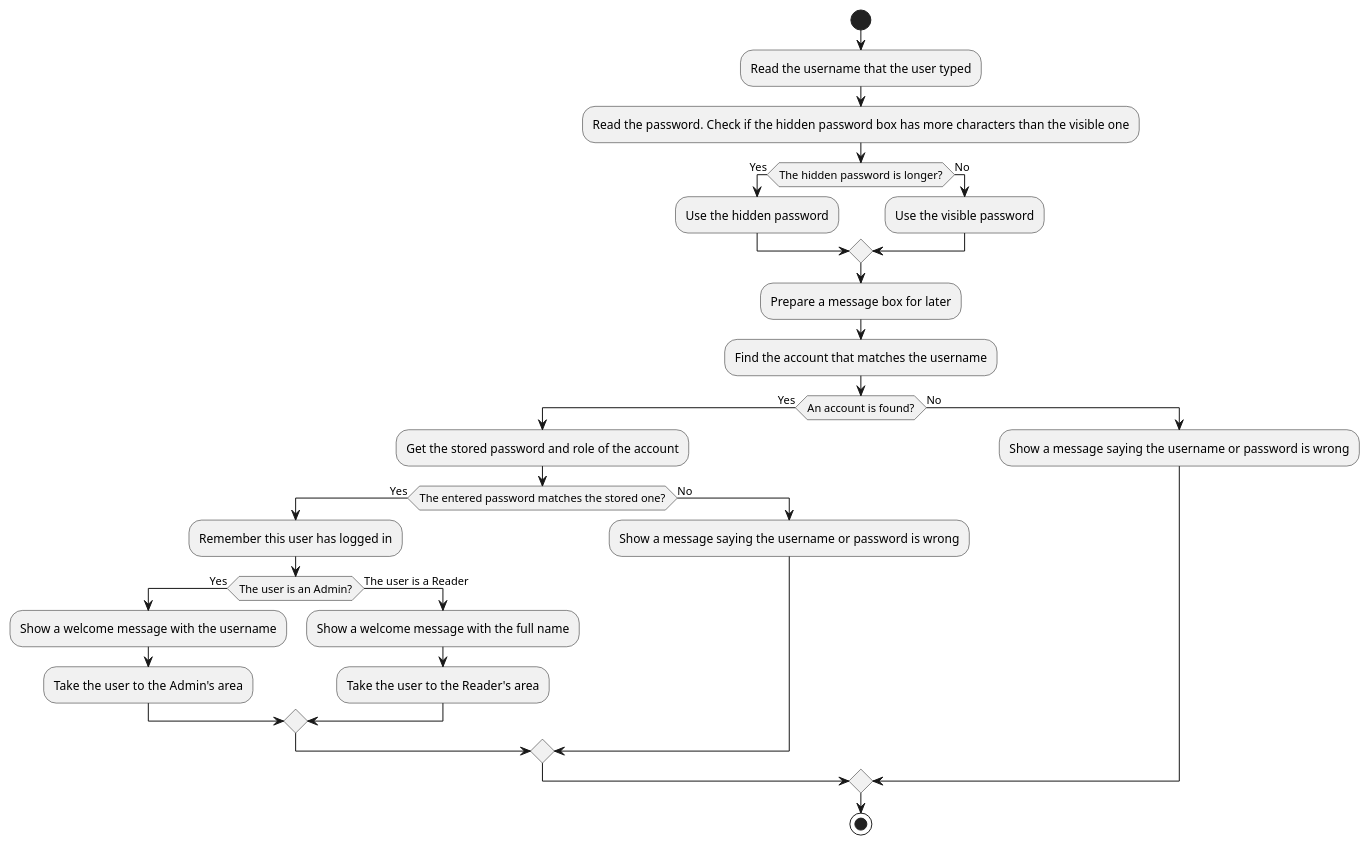
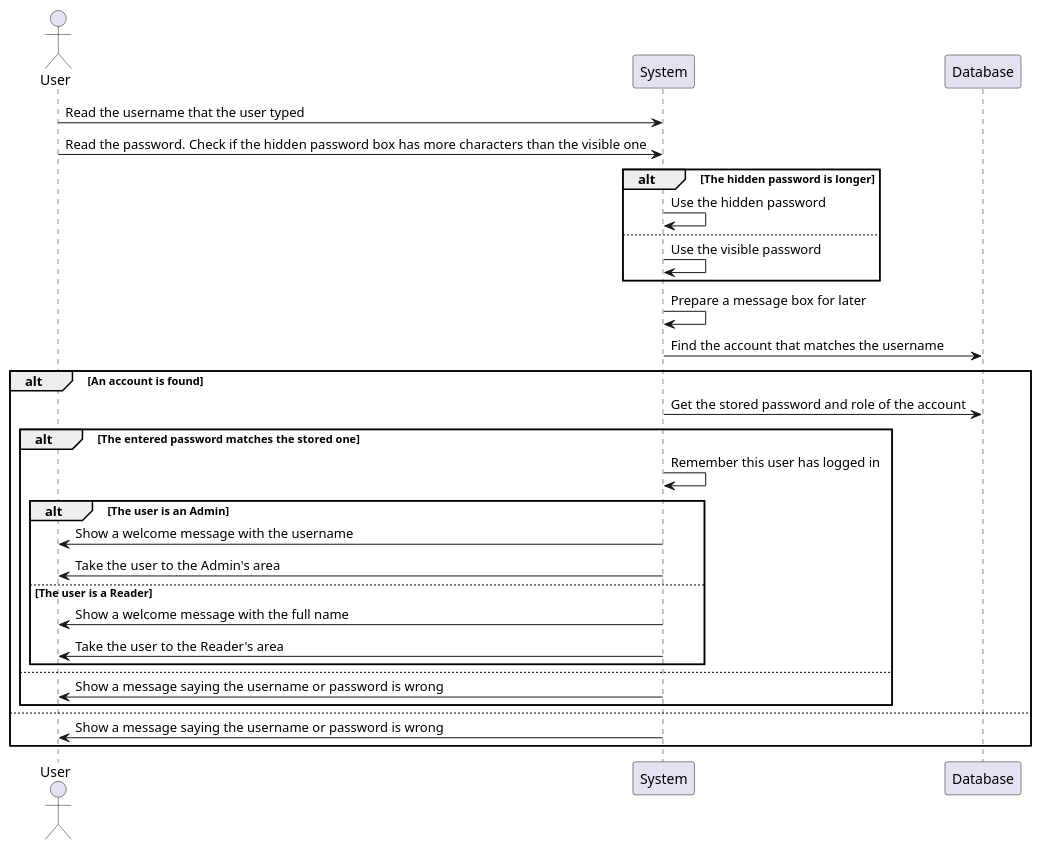
The diagram in docs/design/LoginDataFlow.puml (viettq1997/library-management-system), drawn with PlantUML before and after one commit. The commit also changed 3 other files, not shown here.

Commit message:
main: change flow chart diagram to sequence diagram

```diff
--- a/docs/design/LoginDataFlow.puml
+++ b/docs/design/LoginDataFlow.puml
@@ -1,35 +1,35 @@
 @startuml
-start
-:Read the username that the user typed;
-:Read the password. Check if the hidden password box has more characters than the visible one;
+actor User
+participant "System" as System
+participant "Database" as DB
 
-if (The hidden password is longer?) then (Yes)
-    :Use the hidden password;
-else (No)
-    :Use the visible password;
-endif
+User -> System: Read the username that the user typed
+User -> System: Read the password. Check if the hidden password box has more characters than the visible one
 
-:Prepare a message box for later;
-:Find the account that matches the username;
+alt The hidden password is longer
+  System -> System: Use the hidden password
+else
+  System -> System: Use the visible password
+end
 
-if (An account is found?) then (Yes)
-    :Get the stored password and role of the account;
-    if (The entered password matches the stored one?) then (Yes)
-        :Remember this user has logged in;
+System -> System: Prepare a message box for later
+System -> DB: Find the account that matches the username
 
-        if (The user is an Admin?) then (Yes)
-            :Show a welcome message with the username;
-            :Take the user to the Admin's area;
-        else (The user is a Reader)
-            :Show a welcome message with the full name;
-            :Take the user to the Reader's area;
-        endif
-    else (No)
-        :Show a message saying the username or password is wrong;
-    endif
-else (No)
-    :Show a message saying the username or password is wrong;
-endif
-
-stop
+alt An account is found
+  System -> DB: Get the stored password and role of the account
+  alt The entered password matches the stored one
+    System -> System: Remember this user has logged in
+    alt The user is an Admin
+      System -> User: Show a welcome message with the username
+      System -> User: Take the user to the Admin's area
+    else The user is a Reader
+      System -> User: Show a welcome message with the full name
+      System -> User: Take the user to the Reader's area
+    end
+  else
+    System -> User: Show a message saying the username or password is wrong
+  end
+else
+  System -> User: Show a message saying the username or password is wrong
+end
 @enduml
```
